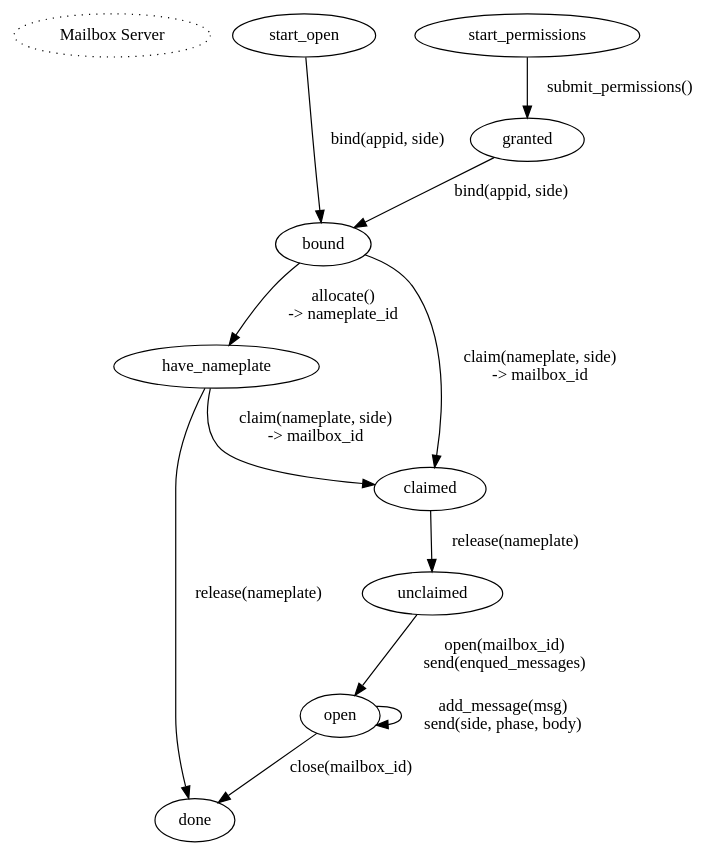
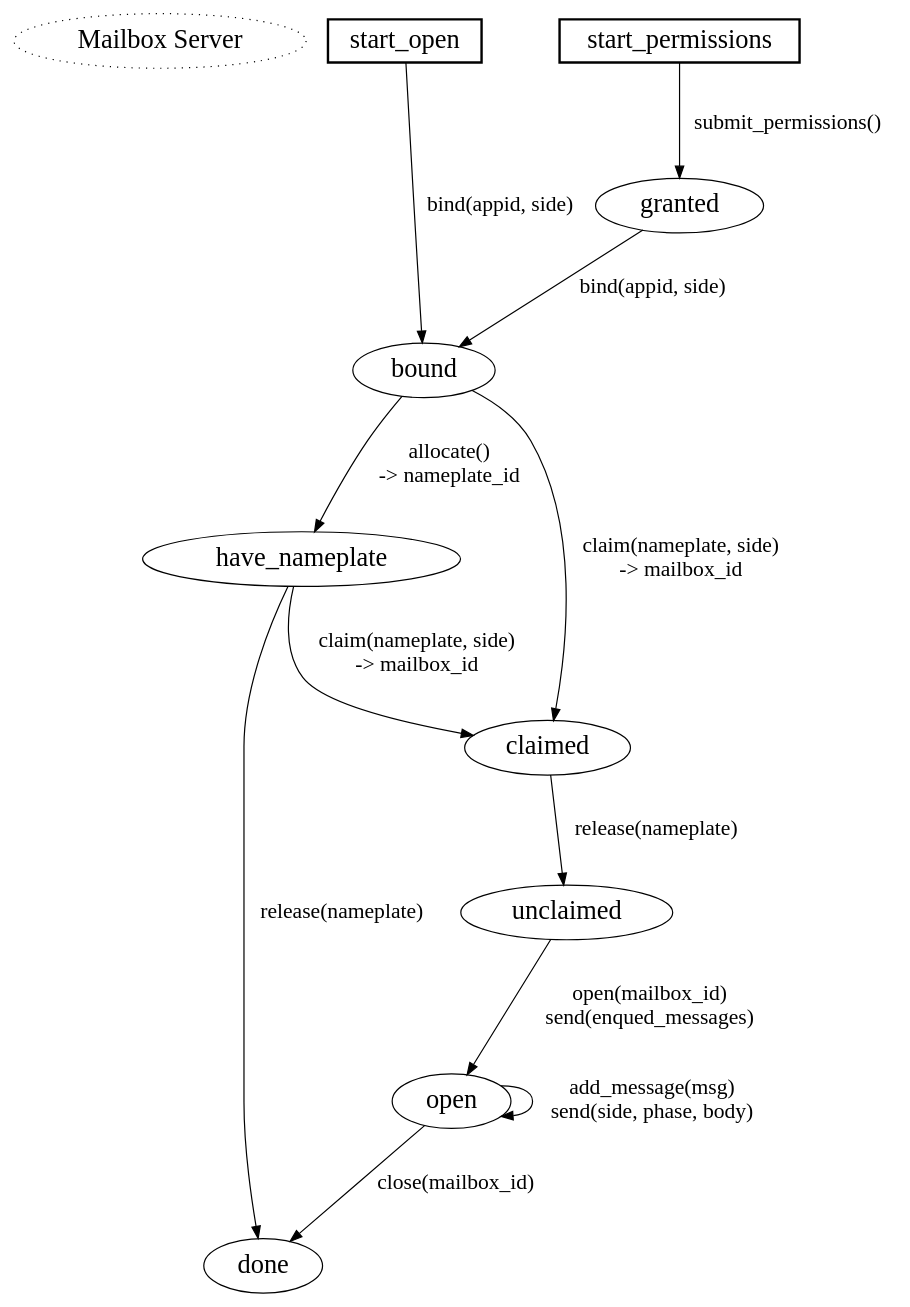
One commit to magic-wormhole/magic-wormhole-mailbox-server changed the diagram in docs/states.dot. Above: the diagram before and after it, drawn with Graphviz.

Commit message:
better look

```diff
--- a/docs/states.dot
+++ b/docs/states.dot
@@ -1,47 +1,55 @@
 /*digraph {
     title [label="Mailbox\nServer Machine" style="dotted"]
 
     start -> opened [label="open(side)"];
 
     opened -> opened [label="open(side)"];
     opened -> opened [label="add_message(sided_message)"];
     opened -> closing [label="close(side, mood)"];
 
     closing -> closing [label="close(side, mood)"];
 }
 */
 
 
 // note: all messages have an "id" and a "type"
 // and the server sends back an "ack" for every one
 // but that ack etc isn't covered in these diagrams
 
 digraph {
-    title [label="Mailbox Server" style="dotted"]
+    node [fontname = "Source Sans Pro" fontsize = 22];
+    edge [fontname = "Source Code Pro" fontsize = 18];
+    graph [fontname = "Source Sans Pro" fontsize = 22];
+
+    title [label="Mailbox Server" style="dotted"];
+
+    ranksep = 1;
 
     {rank=same; start_open start_permissions}
+    start_open [shape=box, style=bold];
     start_open -> bound [label="bind(appid, side)"];
 
+    start_permissions [shape=box, style=bold];
     start_permissions -> granted [label="submit_permissions()"];
-    granted -> bound [label="bind(appid, side)"];
+    granted -> bound [label="bind(appid, side)", decorate="asdf"];
 
     bound -> have_nameplate [label="allocate()\n-> nameplate_id"]
     # allocate() really does do a claim() .. but you have to call it explicitly too
     have_nameplate -> claimed [label="claim(nameplate, side)\n-> mailbox_id"]
     have_nameplate -> done [label="release(nameplate)"]
 
     # ths is on the "join" side; they are told the nameplate number
     bound -> claimed [label="claim(nameplate, side)\n-> mailbox_id"]
     claimed -> unclaimed [label="release(nameplate)"]
 
     # note: allowing two different paths to 'unclaimed' is I think
     # _allowed_ currently by the server, but better to define it with
     # juts one way probably.
 
     unclaimed -> open [label="open(mailbox_id)\nsend(enqued_messages)"]
     #claimed -> open [label="open(mailbox_id)\nsend(enqued_messages)"]
     #open -> open [label="release(nameplate)"]
     open -> open [label="add_message(msg)\nsend(side, phase, body)"]
     open ->      done [label="close(mailbox_id)"]
     # XXX will get all message already in the box, how to represent?
 }
```
